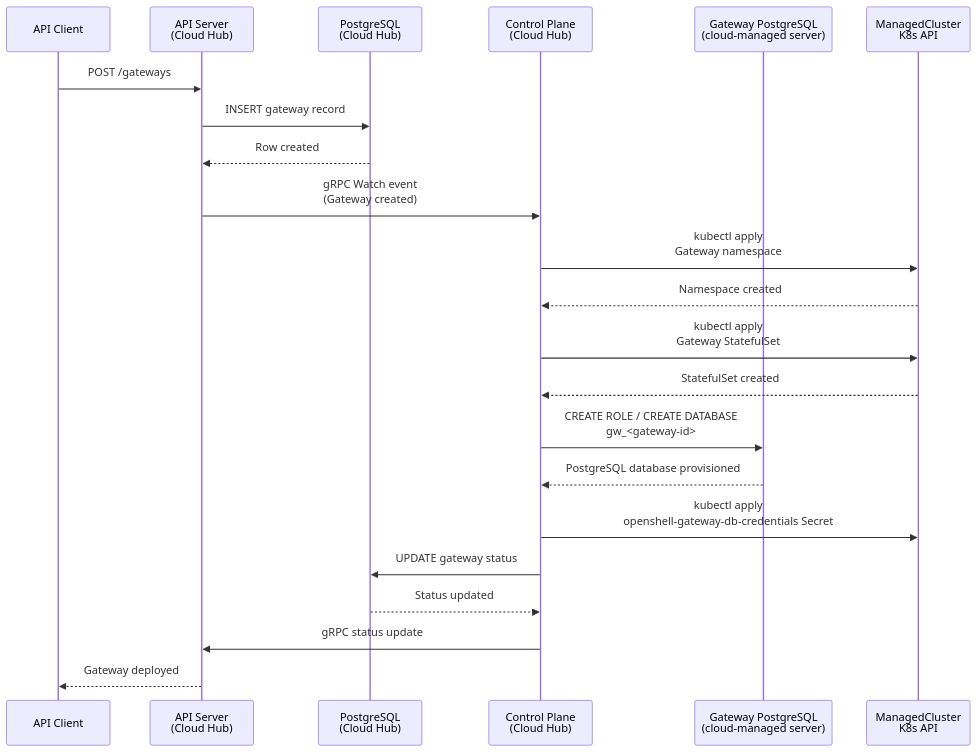
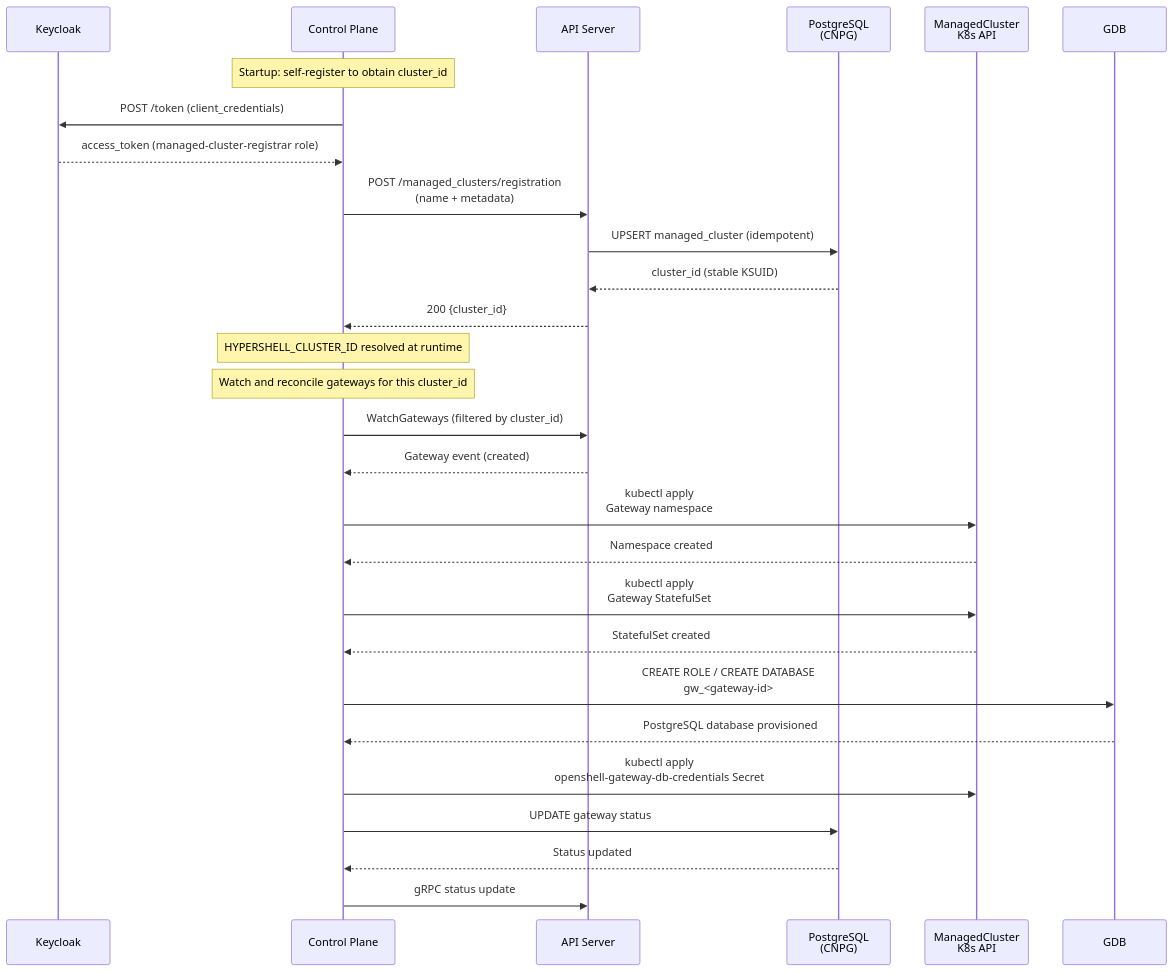
Before and after one commit to jonmosco/hypershell: the fourth of 9 diagrams in specs/platform/global-architecture.spec.md, drawn with Mermaid. The commit also changed other lines of this file and 2 other files, not shown here.

First line of the commit message:
docs(specs): unify control plane to single self-registration model HYPERSHELL-297

````diff
--- a/specs/platform/global-architecture.spec.md
+++ b/specs/platform/global-architecture.spec.md
@@ -245,25 +243,31 @@
 ```mermaid
 sequenceDiagram
-    participant User as API Client
-    participant API as API Server<br/>(Cloud Hub)
-    participant DB as PostgreSQL<br/>(Cloud Hub)
-    participant CP as Control Plane<br/>(Cloud Hub)
-    participant GDB as Gateway PostgreSQL<br/>(cloud-managed server)
+    participant KC as Keycloak
+    participant CP as Control Plane
+    participant API as API Server
+    participant DB as PostgreSQL<br/>(CNPG)
     participant MC as ManagedCluster<br/>K8s API
 
-    User->>API: POST /gateways
-    API->>DB: INSERT gateway record
-    DB-->>API: Row created
-    API->>CP: gRPC Watch event<br/>(Gateway created)
+    Note over CP: Startup: self-register to obtain cluster_id
+    CP->>KC: POST /token (client_credentials)
+    KC-->>CP: access_token (managed-cluster-registrar role)
+    CP->>API: POST /managed_clusters/registration<br/>(name + metadata)
+    API->>DB: UPSERT managed_cluster (idempotent)
+    DB-->>API: cluster_id (stable KSUID)
+    API-->>CP: 200 {cluster_id}
+    Note over CP: HYPERSHELL_CLUSTER_ID resolved at runtime
+
+    Note over CP: Watch and reconcile gateways for this cluster_id
+    CP->>API: WatchGateways (filtered by cluster_id)
+    API-->>CP: Gateway event (created)
     CP->>MC: kubectl apply<br/>Gateway namespace
     MC-->>CP: Namespace created
     CP->>MC: kubectl apply<br/>Gateway StatefulSet
     MC-->>CP: StatefulSet created
     CP->>GDB: CREATE ROLE / CREATE DATABASE<br/>gw_<gateway-id>
     GDB-->>CP: PostgreSQL database provisioned
     CP->>MC: kubectl apply<br/>openshell-gateway-db-credentials Secret
     CP->>DB: UPDATE gateway status
     DB-->>CP: Status updated
     CP->>API: gRPC status update
-    API-->>User: Gateway deployed
 ```
````
